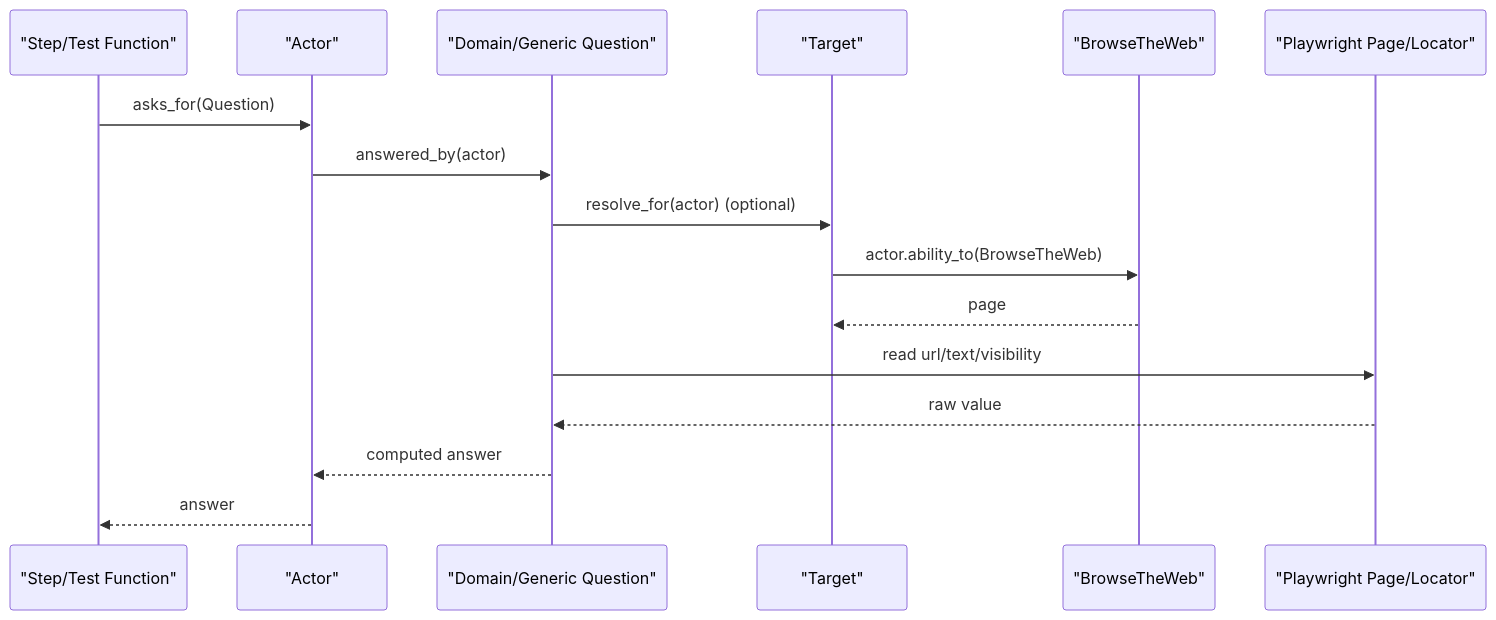
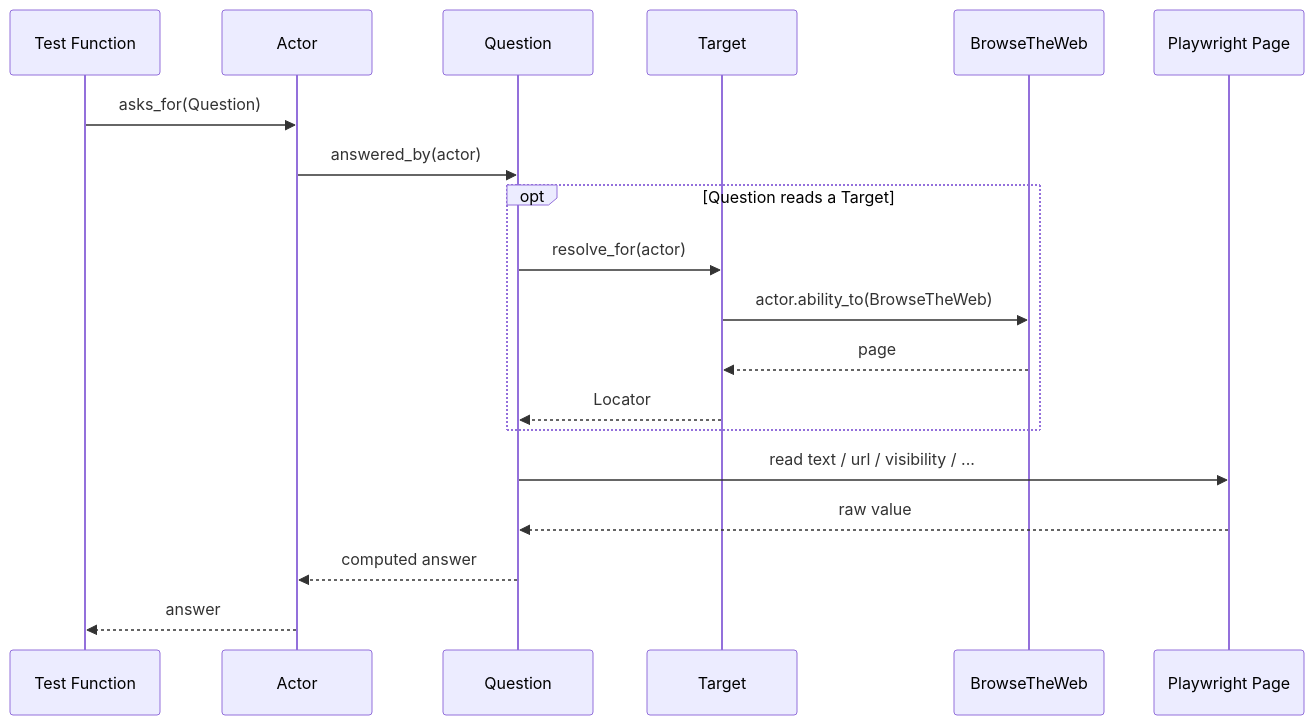
Before and after one commit to stansiris/playwright-pytest-screenplay-framework: the fifth of 8 diagrams in docs/architecture.md, drawn with Mermaid. The commit also changed other lines of this file and 4 other files, not shown here.

````diff
--- a/docs/architecture.md
+++ b/docs/architecture.md
@@ -223,19 +249,22 @@
 ```mermaid
 sequenceDiagram
-  participant TestStep as "Step/Test Function"
-  participant ScreenActor as "Actor"
-  participant DomainQuestion as "Domain/Generic Question"
-  participant UiTarget as "Target"
-  participant WebAbility as "BrowseTheWeb"
-  participant PWRuntime as "Playwright Page/Locator"
+  participant Test as Test Function
+  participant A as Actor
+  participant Question
+  participant Target
+  participant BrowseTheWeb
+  participant Playwright as Playwright Page
 
-  TestStep->>ScreenActor: asks_for(Question)
-  ScreenActor->>DomainQuestion: answered_by(actor)
-  DomainQuestion->>UiTarget: resolve_for(actor) (optional)
-  UiTarget->>WebAbility: actor.ability_to(BrowseTheWeb)
-  WebAbility-->>UiTarget: page
-  DomainQuestion->>PWRuntime: read url/text/visibility
-  PWRuntime-->>DomainQuestion: raw value
-  DomainQuestion-->>ScreenActor: computed answer
-  ScreenActor-->>TestStep: answer
+  Test->>A: asks_for(Question)
+  A->>Question: answered_by(actor)
+  opt Question reads a Target
+    Question->>Target: resolve_for(actor)
+    Target->>BrowseTheWeb: actor.ability_to(BrowseTheWeb)
+    BrowseTheWeb-->>Target: page
+    Target-->>Question: Locator
+  end
+  Question->>Playwright: read text / url / visibility / ...
+  Playwright-->>Question: raw value
+  Question-->>A: computed answer
+  A-->>Test: answer
 ```
````
